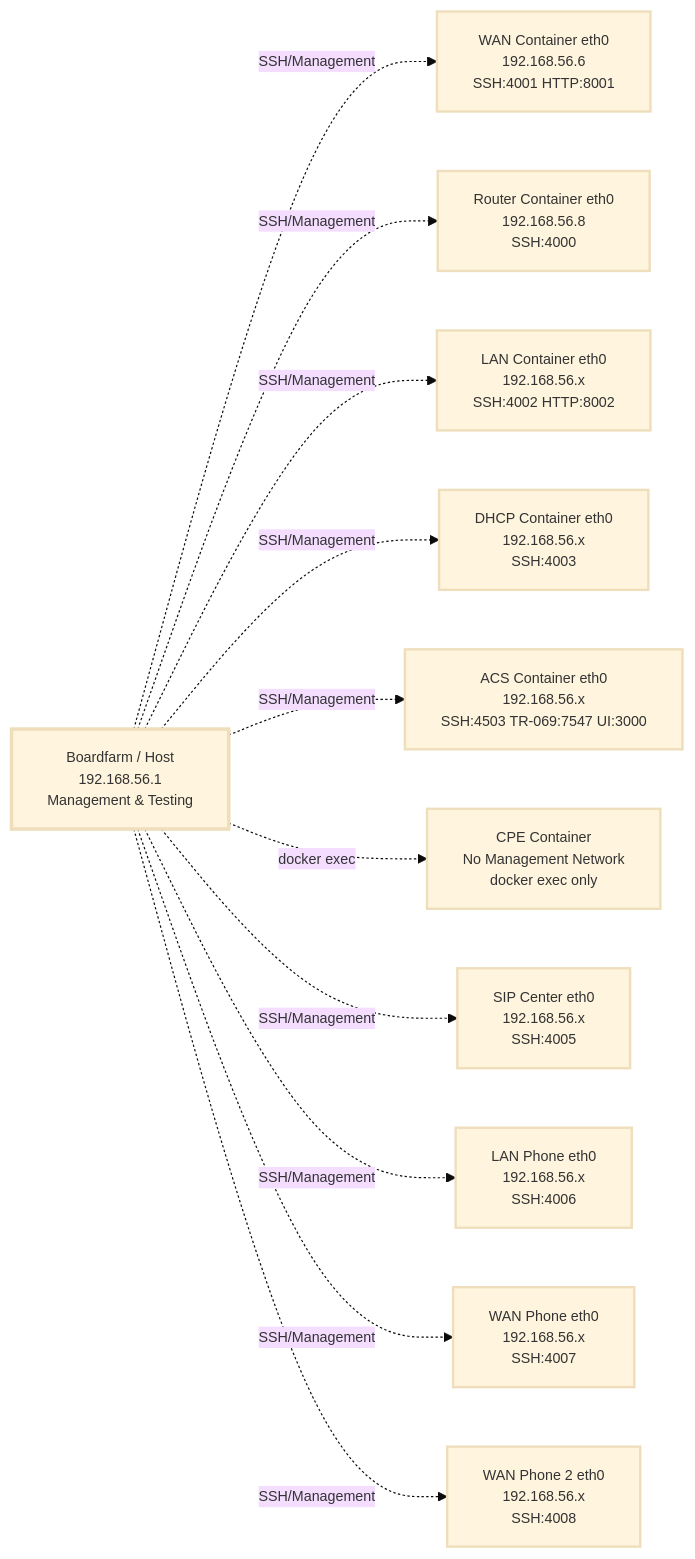
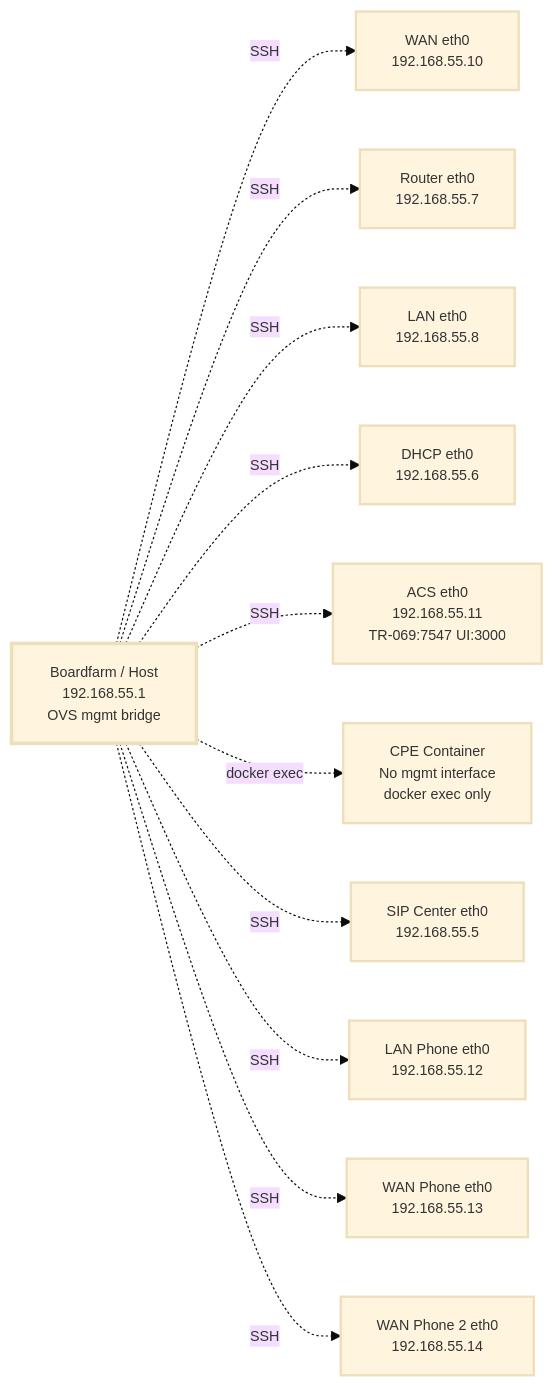
The first of 2 diagrams in docs/examples/cpe-docker/testbed-topology.md (alottabits/boardfarm-bdd), drawn with Mermaid before and after one commit. The commit also changed other lines of this file and 17 other files, not shown here.

````diff
--- a/docs/examples/cpe-docker/testbed-topology.md
+++ b/docs/examples/cpe-docker/testbed-topology.md
@@ -41,36 +43,33 @@
 ```mermaid
 %%{init: {'theme': 'base', 'themeVariables': { 'fontSize': '12px', 'fontFamily': 'arial' }}}%%
 flowchart LR
-    MGMT[Boardfarm / Host<br/>192.168.56.1<br/>Management & Testing]
+    MGMT[Boardfarm / Host<br/>192.168.55.1<br/>OVS mgmt bridge]
 
-    WAN_MGMT[WAN Container eth0<br/>192.168.56.6<br/>SSH:4001 HTTP:8001]
-    ROUTER_MGMT[Router Container eth0<br/>192.168.56.8<br/>SSH:4000]
-    LAN_MGMT[LAN Container eth0<br/>192.168.56.x<br/>SSH:4002 HTTP:8002]
-    DHCP_MGMT[DHCP Container eth0<br/>192.168.56.x<br/>SSH:4003]
-    ACS_MGMT[ACS Container eth0<br/>192.168.56.x<br/>SSH:4503 TR-069:7547 UI:3000]
-    CPE_MGMT[CPE Container<br/>No Management Network<br/>docker exec only]
-    SIP_MGMT[SIP Center eth0<br/>192.168.56.x<br/>SSH:4005]
-    LAN_PHONE_MGMT[LAN Phone eth0<br/>192.168.56.x<br/>SSH:4006]
-    WAN_PHONE_MGMT[WAN Phone eth0<br/>192.168.56.x<br/>SSH:4007]
-    WAN_PHONE2_MGMT[WAN Phone 2 eth0<br/>192.168.56.x<br/>SSH:4008]
+    WAN_MGMT[WAN eth0<br/>192.168.55.10]
+    ROUTER_MGMT[Router eth0<br/>192.168.55.7]
+    LAN_MGMT[LAN eth0<br/>192.168.55.8]
+    DHCP_MGMT[DHCP eth0<br/>192.168.55.6]
+    ACS_MGMT[ACS eth0<br/>192.168.55.11<br/>TR-069:7547 UI:3000]
+    CPE_MGMT[CPE Container<br/>No mgmt interface<br/>docker exec only]
+    SIP_MGMT[SIP Center eth0<br/>192.168.55.5]
+    LAN_PHONE_MGMT[LAN Phone eth0<br/>192.168.55.12]
+    WAN_PHONE_MGMT[WAN Phone eth0<br/>192.168.55.13]
+    WAN_PHONE2_MGMT[WAN Phone 2 eth0<br/>192.168.55.14]
 
+    MGMT -.->|SSH| WAN_MGMT
+    MGMT -.->|SSH| ROUTER_MGMT
+    MGMT -.->|SSH| LAN_MGMT
+    MGMT -.->|SSH| DHCP_MGMT
+    MGMT -.->|SSH| ACS_MGMT
+    MGMT -.->|docker exec| CPE_MGMT
+    MGMT -.->|SSH| SIP_MGMT
+    MGMT -.->|SSH| LAN_PHONE_MGMT
+    MGMT -.->|SSH| WAN_PHONE_MGMT
+    MGMT -.->|SSH| WAN_PHONE2_MGMT
 
-    %% Management Connections
-    MGMT -.->|SSH/Management| WAN_MGMT
-    MGMT -.->|SSH/Management| ROUTER_MGMT
-    MGMT -.->|SSH/Management| LAN_MGMT
-    MGMT -.->|SSH/Management| DHCP_MGMT
-    MGMT -.->|SSH/Management| ACS_MGMT
-    MGMT -.->|docker exec| CPE_MGMT
-    MGMT -.->|SSH/Management| SIP_MGMT
-    MGMT -.->|SSH/Management| LAN_PHONE_MGMT
-    MGMT -.->|SSH/Management| WAN_PHONE_MGMT
-    MGMT -.->|SSH/Management| WAN_PHONE2_MGMT
-
-    %% Styling
     classDef mgmt stroke-width:3px
     classDef management stroke-width:2px
 
     class MGMT mgmt
     class WAN_MGMT,ROUTER_MGMT,LAN_MGMT,DHCP_MGMT,ACS_MGMT,CPE_MGMT,SIP_MGMT,LAN_PHONE_MGMT,WAN_PHONE_MGMT,WAN_PHONE2_MGMT management
 ```
````
